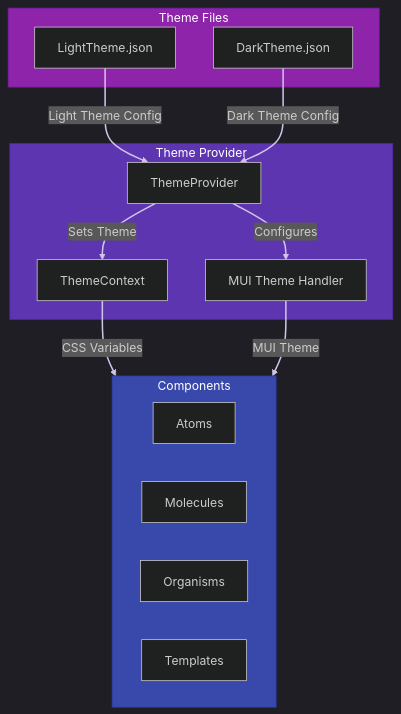
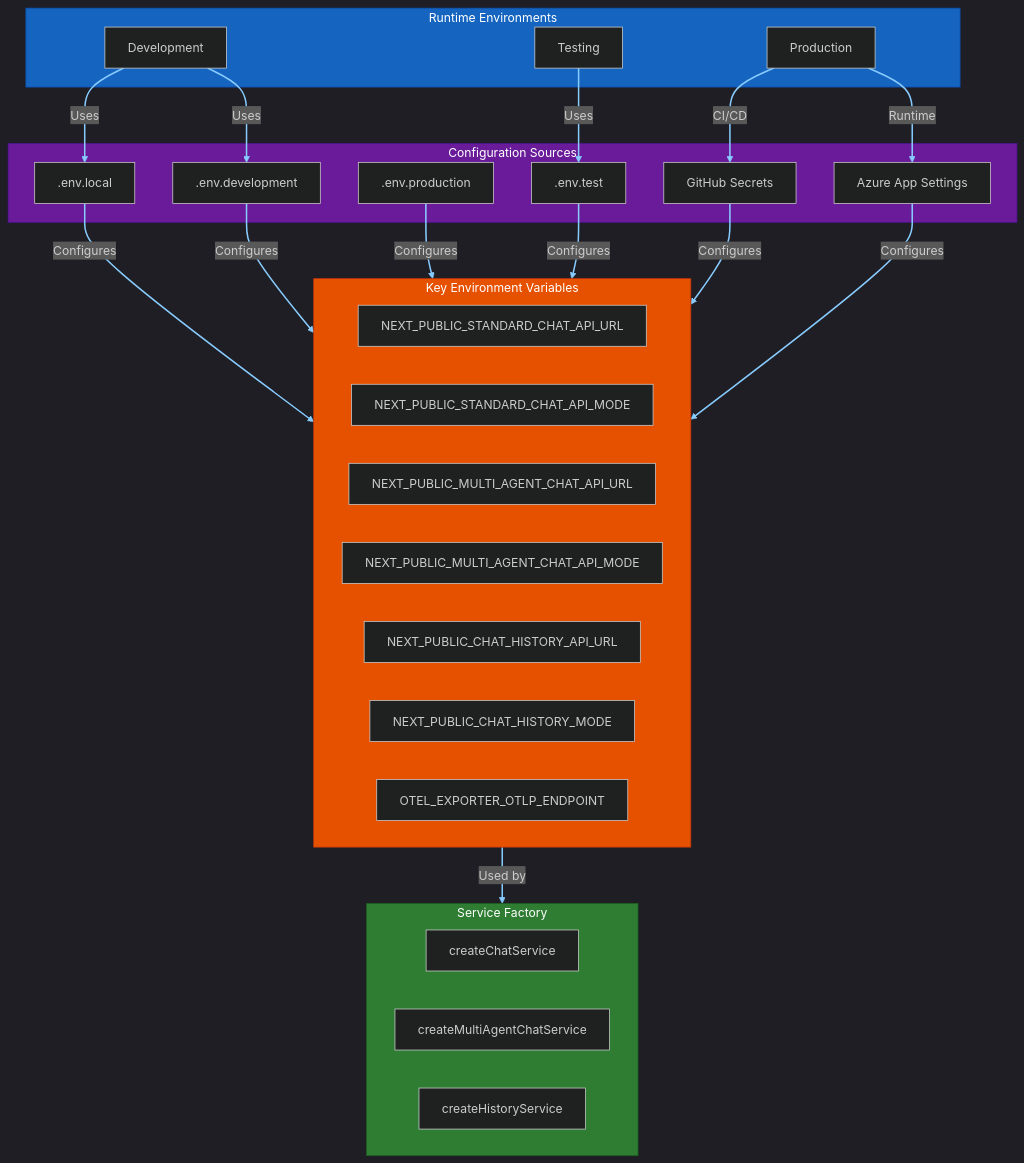
One commit to ChrisMcKee1/ChatUI changed the fifth of 10 diagrams in memory-bank/architectureDiagrams.md. Above: the diagram before and after it, drawn with Mermaid. The commit also changed other lines of this file, not shown here.

Commit message:
Updated Deployment Architecture diagram to reflect current approach

````diff
--- a/memory-bank/architectureDiagrams.md
+++ b/memory-bank/architectureDiagrams.md
@@ -177,35 +294,56 @@
 ```mermaid
 %%{init: {'theme':'dark'}}%%
 flowchart TD
-    subgraph Theme_Files["Theme Files"]
-        LT[LightTheme.json]
-        DT[DarkTheme.json]
+    subgraph Runtime_Environments["Runtime Environments"]
+        Dev[Development]
+        Prod[Production]
+        Test[Testing]
     end
     
-    subgraph Theme_Provider["Theme Provider"]
-        TP[ThemeProvider]
-        TC[ThemeContext]
-        MTH[MUI Theme Handler]
+    subgraph Configuration_Sources["Configuration Sources"]
+        EnvLocal[.env.local]
+        EnvDevelopment[.env.development]
+        EnvProduction[.env.production]
+        EnvTest[.env.test]
+        GHSecrets[GitHub Secrets]
+        AzureSettings[Azure App Settings]
     end
     
-    subgraph Components["Components"]
-        AC[Atoms]
-        MC[Molecules]
-        OC[Organisms]
-        TMP[Templates]
+    subgraph Service_Factory["Service Factory"]
+        CreateChat[createChatService]
+        CreateMultiAgent[createMultiAgentChatService]
+        CreateHistory[createHistoryService]
     end
     
-    LT -->|Light Theme Config| TP
-    DT -->|Dark Theme Config| TP
+    subgraph Environment_Variables["Key Environment Variables"]
+        SC_URL[NEXT_PUBLIC_STANDARD_CHAT_API_URL]
+        SC_MODE[NEXT_PUBLIC_STANDARD_CHAT_API_MODE]
+        MA_URL[NEXT_PUBLIC_MULTI_AGENT_CHAT_API_URL]
+        MA_MODE[NEXT_PUBLIC_MULTI_AGENT_CHAT_API_MODE]
+        CH_URL[NEXT_PUBLIC_CHAT_HISTORY_API_URL]
+        CH_MODE[NEXT_PUBLIC_CHAT_HISTORY_MODE]
+        OTEL[OTEL_EXPORTER_OTLP_ENDPOINT]
+    end
     
-    TP -->|Sets Theme| TC
-    TC -->|CSS Variables| Components
-    TP -->|Configures| MTH
-    MTH -->|MUI Theme| Components
+    Dev -->|Uses| EnvLocal
+    Dev -->|Uses| EnvDevelopment
+    Test -->|Uses| EnvTest
+    Prod -->|CI/CD| GHSecrets
+    Prod -->|Runtime| AzureSettings
     
-    style Theme_Files fill:#8e24aa,stroke:#6a1b9a,color:#ffffff
-    style Theme_Provider fill:#5e35b1,stroke:#4527a0,color:#ffffff
-    style Components fill:#3949ab,stroke:#283593,color:#ffffff
+    EnvLocal -->|Configures| Environment_Variables
+    EnvDevelopment -->|Configures| Environment_Variables
+    EnvProduction -->|Configures| Environment_Variables
+    EnvTest -->|Configures| Environment_Variables
+    GHSecrets -->|Configures| Environment_Variables
+    AzureSettings -->|Configures| Environment_Variables
     
-    linkStyle default stroke:#d1c4e9,stroke-width:2px
+    Environment_Variables -->|Used by| Service_Factory
+    
+    style Runtime_Environments fill:#1565c0,stroke:#0d47a1,color:#ffffff
+    style Configuration_Sources fill:#6a1b9a,stroke:#4a148c,color:#ffffff
+    style Service_Factory fill:#2e7d32,stroke:#1b5e20,color:#ffffff
+    style Environment_Variables fill:#e65100,stroke:#bf360c,color:#ffffff
+    
+    linkStyle default stroke:#88ccff,stroke-width:2px
 ```
````
